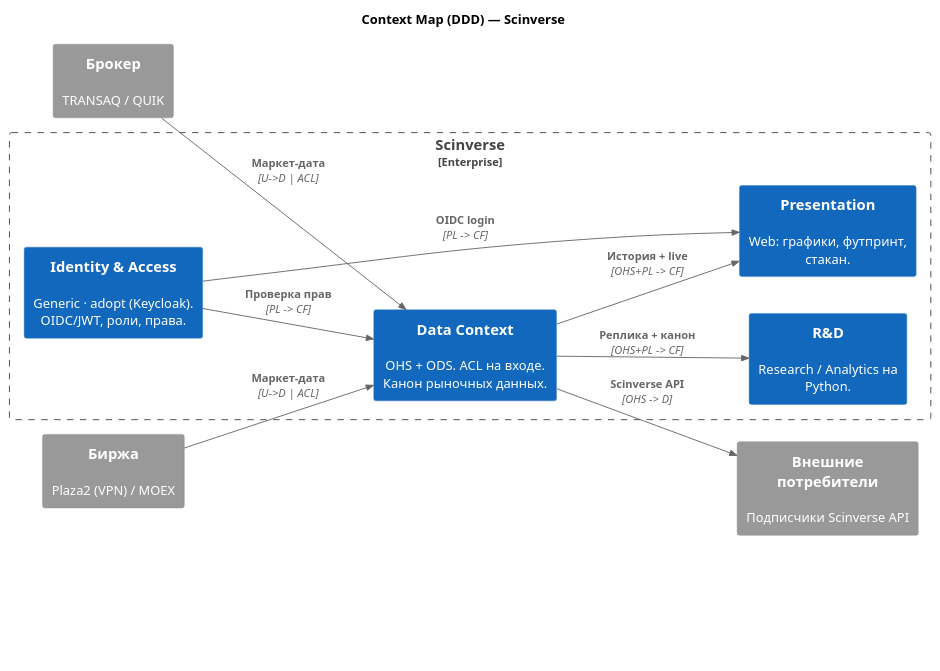
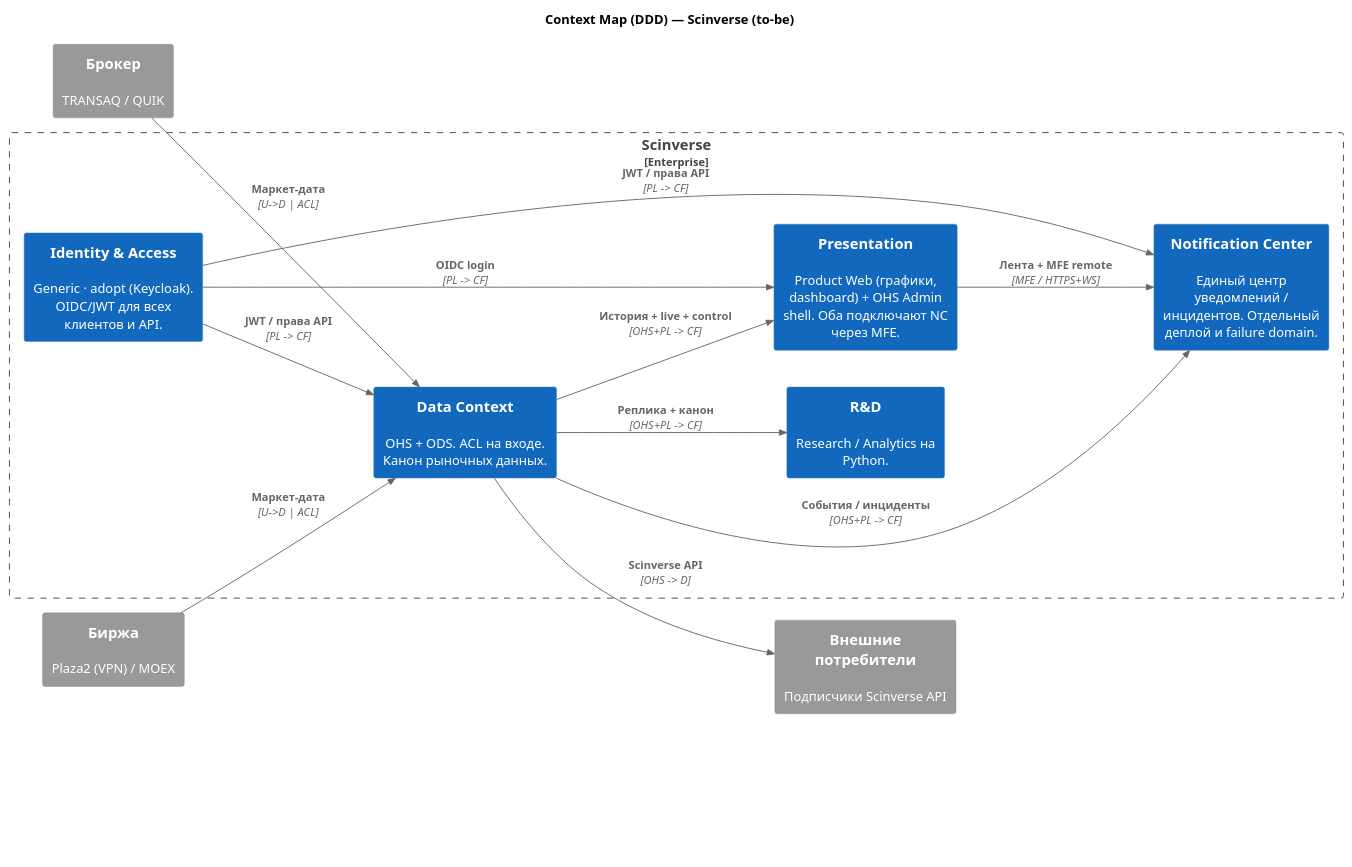
The diagram in docs/architecture/c4/contextmap.puml (vbobroff-app/scinverse), drawn with PlantUML before and after one commit. The commit also changed 10 other files, not shown here.

First line of the commit message:
docs(arch): to-be C4 with NC, dual fronts, Keycloak; gate before WebGL

```diff
--- a/docs/architecture/c4/contextmap.puml
+++ b/docs/architecture/c4/contextmap.puml
@@ -1,48 +1,55 @@
 @startuml Scinverse_ContextMap
 ' DDD Context Map — стратегический уровень (bounded contexts + типы интеграции).
-' Рендер: PlantUML server (настроен в settings.json). C4-PlantUML — из встроенной stdlib.
+' C4 stdlib (нужен PlantUML ≥ 1.2023; jar: tools/plantuml — см. arch.md §5).
 !include <C4/C4_Context>
 
 LAYOUT_LEFT_RIGHT()
 HIDE_STEREOTYPE()
 skinparam nodesep 40
 skinparam ranksep 90
 skinparam wrapWidth 180
 
-title Context Map (DDD) — Scinverse
+title Context Map (DDD) — Scinverse (to-be)
 
 System_Ext(broker,   "Брокер", "TRANSAQ / QUIK")
 System_Ext(exchange, "Биржа",  "Plaza2 (VPN) / MOEX")
 
 Enterprise_Boundary(scinverse, "Scinverse") {
-    System(iam,     "Identity & Access", "Generic · adopt (Keycloak). OIDC/JWT, роли, права.")
+    System(iam,     "Identity & Access", "Generic · adopt (Keycloak). OIDC/JWT для всех клиентов и API.")
     System(data,    "Data Context", "OHS + ODS. ACL на входе. Канон рыночных данных.")
-    System(present, "Presentation", "Web: графики, футпринт, стакан.")
+    System(nc,      "Notification Center", "Единый центр уведомлений / инцидентов. Отдельный деплой и failure domain.")
+    System(present, "Presentation", "Product Web (графики, dashboard) + OHS Admin shell. Оба подключают NC через MFE.")
     System(rnd,     "R&D", "Research / Analytics на Python.")
 }
 
 System_Ext(consumer, "Внешние потребители", "Подписчики Scinverse API")
 
 ' --- Вход данных: чужую модель гасим своим ACL ---
 Rel(broker,   data, "Маркет-дата", "U->D | ACL")
 Rel(exchange, data, "Маркет-дата", "U->D | ACL")
 
-' --- Data — поставщик канона для остальных (OHS + Published Language) ---
-Rel(data, present,  "История + live", "OHS+PL -> CF")
+' --- Data — поставщик канона ---
+Rel(data, present,  "История + live + control", "OHS+PL -> CF")
 Rel(data, rnd,      "Реплика + канон", "OHS+PL -> CF")
 Rel(data, consumer, "Scinverse API", "OHS -> D")
+Rel(data, nc,       "События / инциденты", "OHS+PL -> CF")
 
-' --- IAM — идентичность/права (проверка на кромке API) ---
+' --- NC — наблюдатель и лента для UI-shell'ов ---
+Rel(present, nc, "Лента + MFE remote", "MFE / HTTPS+WS")
+
+' --- IAM — идентичность/права везде ---
 Rel(iam, present, "OIDC login", "PL -> CF")
-Rel(iam, data,    "Проверка прав", "PL -> CF")
+Rel(iam, data,    "JWT / права API", "PL -> CF")
+Rel(iam, nc,      "JWT / права API", "PL -> CF")
 
 legend right
   Паттерны интеграции (DDD)
   U / D  — Upstream / Downstream
   ACL — Anti-Corruption Layer
   OHS — Open Host Service
   PL — Published Language
   CF — Conformist
+  MFE — Module Federation (NC remote в shell'ах)
 endlegend
 
 @enduml
```
